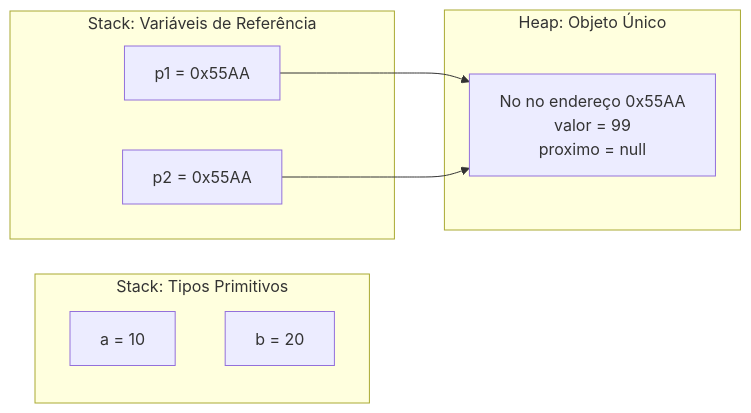
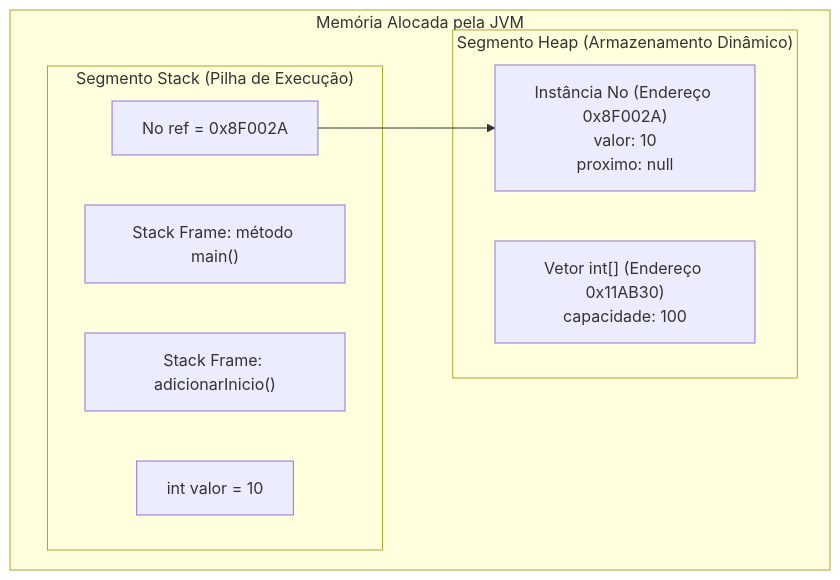
Diagram 11 of 27 in 4º Semestre/[Prof. Wesley Soares] Estrutura de Dados I/Resumos-IA/Caderno-Consolidado.md (murilolol/unifef), drawn with Mermaid before and after one commit. The commit also changed other lines of this file and 40 other files, not shown here.

````diff
--- a/4º Semestre/[Prof. Wesley Soares] Estrutura de Dados I/Resumos-IA/Caderno-Consolidado.md
+++ b/4º Semestre/[Prof. Wesley Soares] Estrutura de Dados I/Resumos-IA/Caderno-Consolidado.md
@@ -473,19 +508,18 @@
 ```mermaid
-flowchart LR
-    subgraph StackPrimitivos["Stack: Tipos Primitivos"]
-        VarA["a = 10"]
-        VarB["b = 20"]
+flowchart TD
+    subgraph JVM_Runtime["Memória Alocada pela JVM"]
+        subgraph MemoriaStack["Segmento Stack (Pilha de Execução)"]
+            Frame1["Stack Frame: método main()"]
+            Frame2["Stack Frame: adicionarInicio()"]
+            VarPrimitiva["int valor = 10"]
+            PonteiroRef["No ref = 0x8F002A"]
+        end
+        
+        subgraph MemoriaHeap["Segmento Heap (Armazenamento Dinâmico)"]
+            Obj1["Instância No (Endereço 0x8F002A)<br>valor: 10<br>proximo: null"]
+            Obj2["Vetor int[] (Endereço 0x11AB30)<br>capacidade: 100"]
+        end
     end
-
-    subgraph StackReferencias["Stack: Variáveis de Referência"]
-        Ptr1["p1 = 0x55AA"]
-        Ptr2["p2 = 0x55AA"]
-    end
-
-    subgraph HeapInstancia["Heap: Objeto Único"]
-        Obj["No no endereço 0x55AA<br>valor = 99<br>proximo = null"]
-    end
-
-    Ptr1 --> Obj
-    Ptr2 --> Obj
+    
+    PonteiroRef --> Obj1
 ```
````
